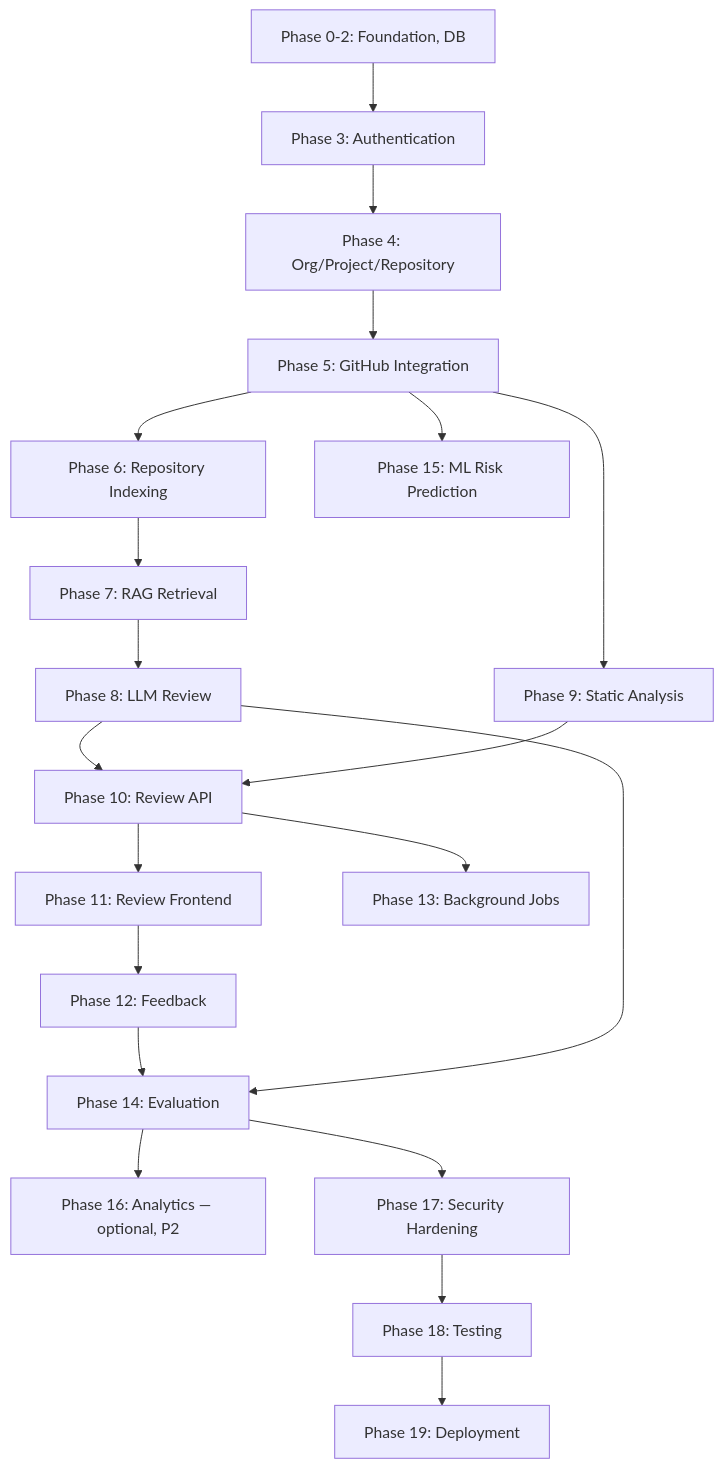
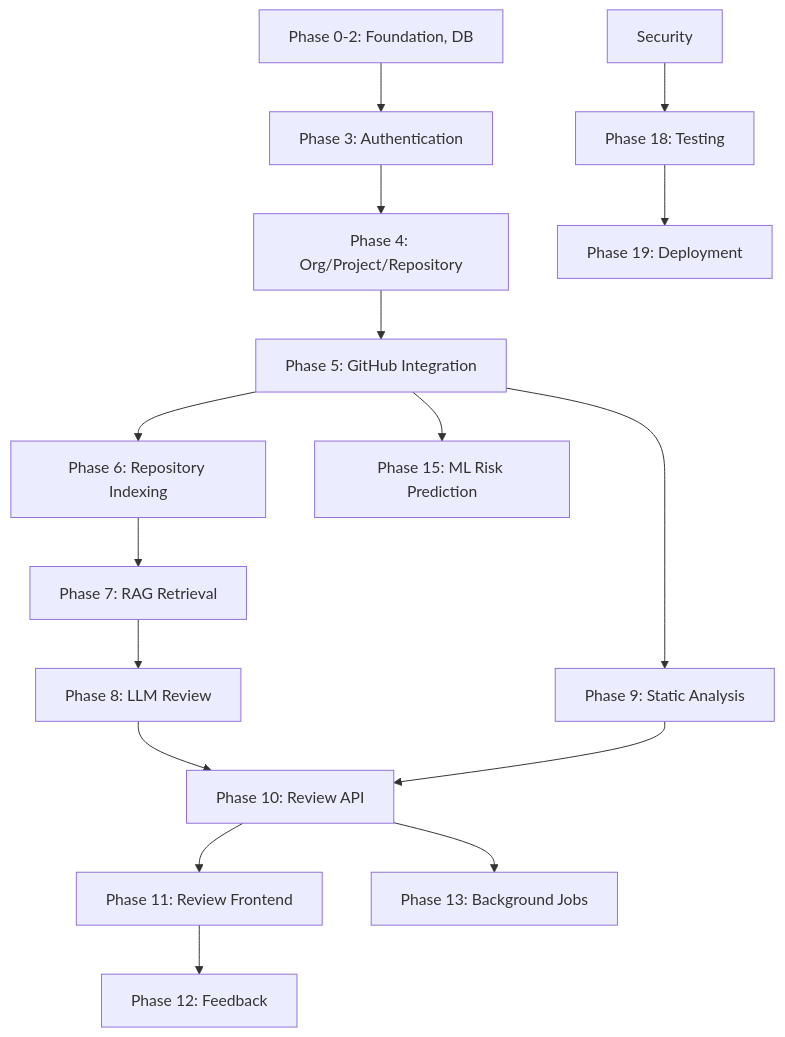
The diagram in Docs/01-project/implementation-plan.md (harshita20045/Repo-Mind-), drawn with Mermaid before and after one commit. The commit also changed other lines of this file and 46 other files, not shown here.

````diff
--- a/Docs/01-project/implementation-plan.md
+++ b/Docs/01-project/implementation-plan.md
@@ -33,22 +31,18 @@
 ```mermaid
 flowchart TB
     Setup[Phase 0-2: Foundation, DB] --> Auth[Phase 3: Authentication]
     Auth --> Org[Phase 4: Org/Project/Repository]
     Org --> GH[Phase 5: GitHub Integration]
     GH --> Index[Phase 6: Repository Indexing]
     Index --> RAG[Phase 7: RAG Retrieval]
     RAG --> LLMReview[Phase 8: LLM Review]
     GH --> Linter[Phase 9: Static Analysis]
     LLMReview --> ReviewAPI[Phase 10: Review API]
     Linter --> ReviewAPI
     ReviewAPI --> ReviewUI[Phase 11: Review Frontend]
     ReviewUI --> Feedback[Phase 12: Feedback]
     ReviewAPI --> AsyncJobs[Phase 13: Background Jobs]
-    Feedback --> Evaluation[Phase 14: Evaluation]
-    LLMReview --> Evaluation
     GH --> ML[Phase 15: ML Risk Prediction]
-    Evaluation --> Analytics[Phase 16: Analytics — optional, P2]
-    Evaluation --> Security[Phase 17: Security Hardening]
     Security --> Testing[Phase 18: Testing]
     Testing --> Deployment[Phase 19: Deployment]
 ```
````
